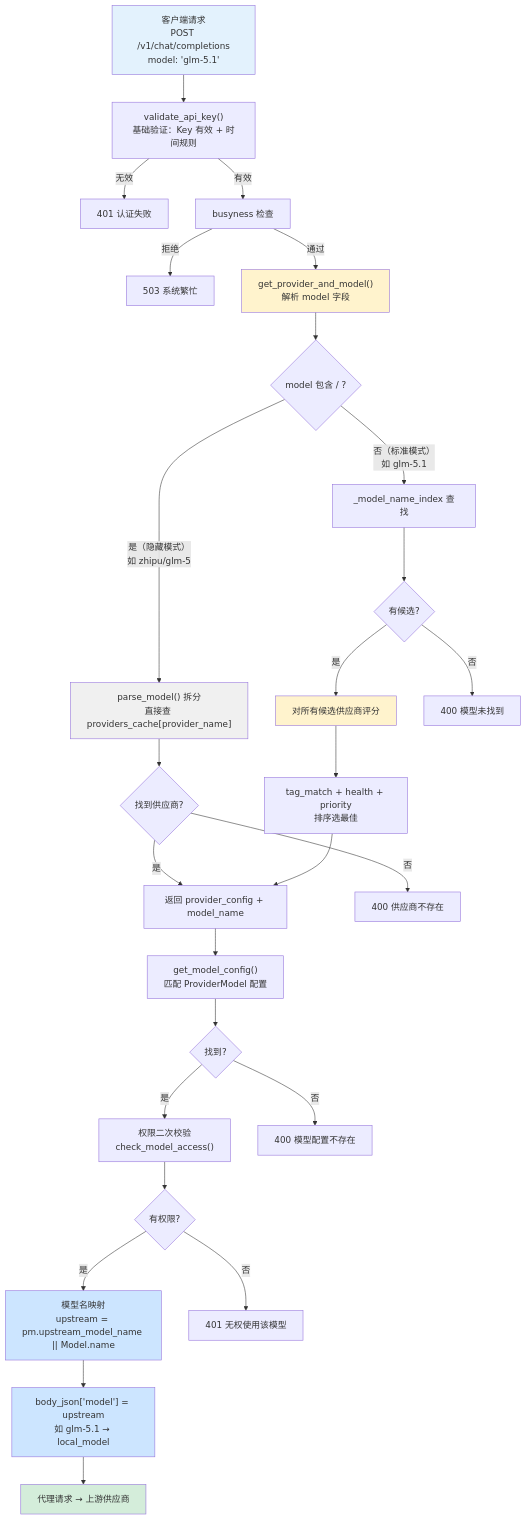
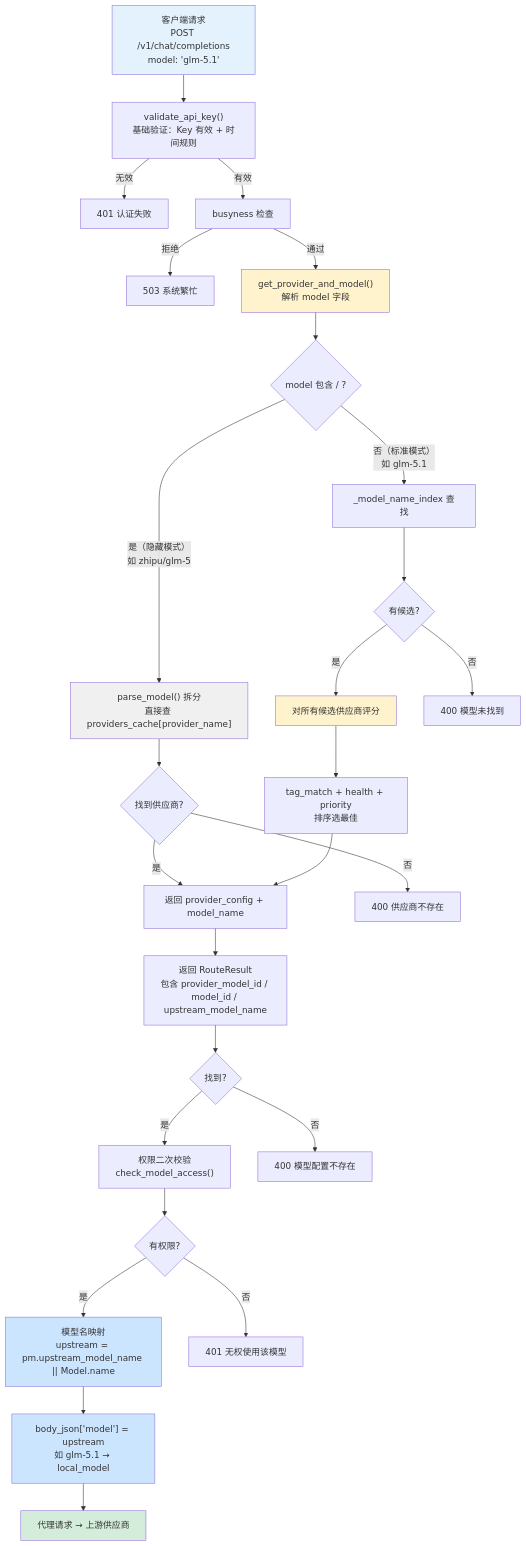
Before and after one commit to minhaozhang/ModelGate: the fourth of 10 diagrams in docs/superpowers/specs/2026-06-13-provider-model-alias-design.md, drawn with Mermaid. The commit also changed other lines of this file and 19 other files, not shown here.

````diff
--- a/docs/superpowers/specs/2026-06-13-provider-model-alias-design.md
+++ b/docs/superpowers/specs/2026-06-13-provider-model-alias-design.md
@@ -181,46 +227,46 @@
 ```mermaid
 flowchart TD
     A["客户端请求<br/>POST /v1/chat/completions<br/>model: 'glm-5.1'"] --> B["validate_api_key()<br/>基础验证：Key 有效 + 时间规则"]
 
     B -->|无效| B_ERR["401 认证失败"]
     B -->|有效| C["busyness 检查"]
 
     C -->|拒绝| C_ERR["503 系统繁忙"]
     C -->|通过| D["get_provider_and_model()<br/>解析 model 字段"]
 
     D --> E{model 包含 / ?}
 
     E -->|"是（隐藏模式）<br/>如 zhipu/glm-5"| F["parse_model() 拆分<br/>直接查 providers_cache[provider_name]"]
     F --> G{找到供应商?}
     G -->|是| H["返回 provider_config + model_name"]
     G -->|否| G_ERR["400 供应商不存在"]
 
     E -->|"否（标准模式）<br/>如 glm-5.1"| I["_model_name_index 查找"]
 
     I --> J{有候选?}
     J -->|是| K["对所有候选供应商评分"]
     J -->|否| J_ERR["400 模型未找到"]
 
     K --> L["tag_match + health + priority<br/>排序选最佳"]
     L --> H
 
-    H --> M["get_model_config()<br/>匹配 ProviderModel 配置"]
+    H --> M["返回 RouteResult<br/>包含 provider_model_id / model_id / upstream_model_name"]
     M --> M_OK{找到?}
     M_OK -->|是| N["权限二次校验<br/>check_model_access()"]
     M_OK -->|否| M_ERR["400 模型配置不存在"]
 
     N --> N_OK{有权限?}
     N_OK -->|是| P["模型名映射<br/>upstream = pm.upstream_model_name || Model.name"]
     N_OK -->|否| N_ERR["401 无权使用该模型"]
 
     P --> Q["body_json['model'] = upstream<br/>如 glm-5.1 → local_model"]
     Q --> O["代理请求 → 上游供应商"]
 
     style A fill:#e3f2fd
     style D fill:#fff3cd
     style K fill:#fff3cd
     style P fill:#cce5ff
     style Q fill:#cce5ff
     style O fill:#d4edda
     style F fill:#f0f0f0
 ```
````
